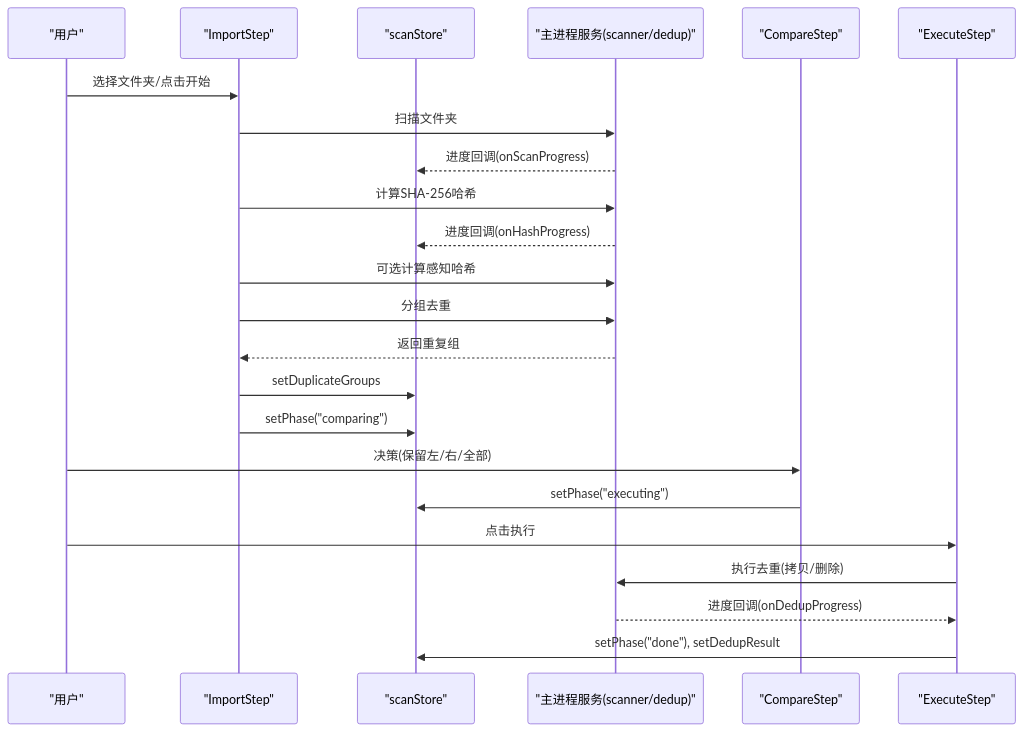
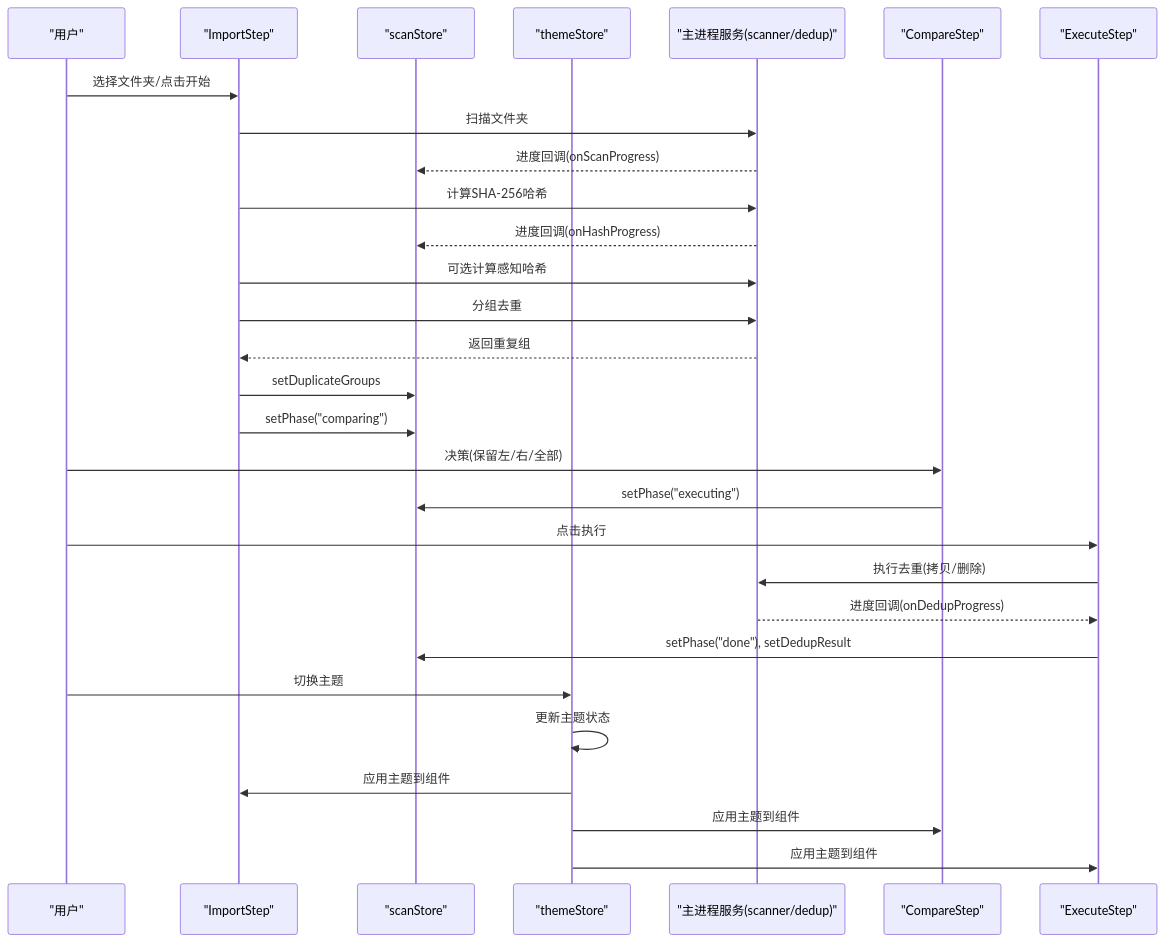
The second of 7 diagrams in .qoder/repowiki/zh/content/用户界面系统/用户界面系统.md (remgasuki/ReDoPhoto), drawn with Mermaid before and after one commit. The commit also changed other lines of this file and 10 other files, not shown here.

````diff
--- a/.qoder/repowiki/zh/content/用户界面系统/用户界面系统.md
+++ b/.qoder/repowiki/zh/content/用户界面系统/用户界面系统.md
@@ -121,25 +139,31 @@
 ```mermaid
 sequenceDiagram
 participant U as "用户"
 participant IS as "ImportStep"
 participant SS as "scanStore"
+participant TS as "themeStore"
 participant MS as "主进程服务(scanner/dedup)"
 participant CS as "CompareStep"
 participant ES as "ExecuteStep"
 U->>IS : 选择文件夹/点击开始
 IS->>MS : 扫描文件夹
 MS-->>SS : 进度回调(onScanProgress)
 IS->>MS : 计算SHA-256哈希
 MS-->>SS : 进度回调(onHashProgress)
 IS->>MS : 可选计算感知哈希
 IS->>MS : 分组去重
 MS-->>IS : 返回重复组
 IS->>SS : setDuplicateGroups
 IS->>SS : setPhase("comparing")
 U->>CS : 决策(保留左/右/全部)
 CS->>SS : setPhase("executing")
 U->>ES : 点击执行
 ES->>MS : 执行去重(拷贝/删除)
 MS-->>ES : 进度回调(onDedupProgress)
 ES->>SS : setPhase("done"), setDedupResult
+U->>TS : 切换主题
+TS->>TS : 更新主题状态
+TS->>IS : 应用主题到组件
+TS->>CS : 应用主题到组件
+TS->>ES : 应用主题到组件
 ```
````
